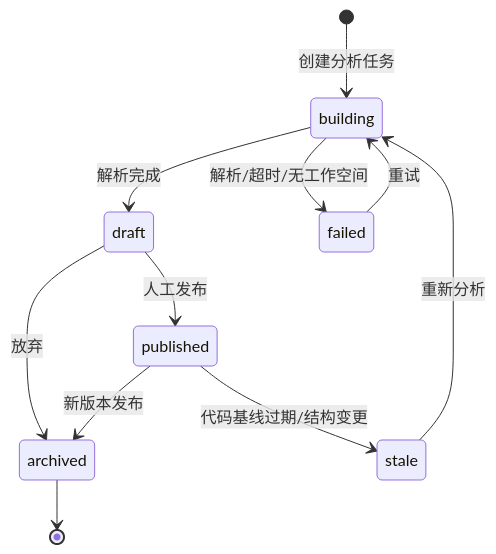
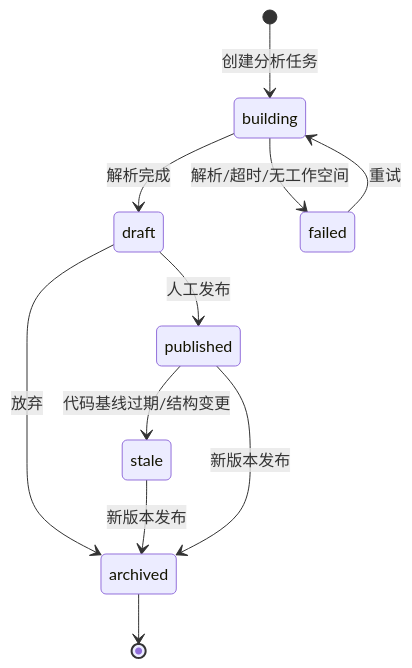
The second of 10 diagrams in docs/PRD-测试菜单模块-T06393.md (wangnan05563/MTask), drawn with Mermaid before and after one commit. The commit also changed other lines of this file and 2 other files, not shown here.

````diff
--- a/docs/PRD-测试菜单模块-T06393.md
+++ b/docs/PRD-测试菜单模块-T06393.md
@@ -370,13 +409,13 @@
 ```mermaid
 stateDiagram-v2
   [*] --> building: 创建分析任务
   building --> draft: 解析完成
   building --> failed: 解析/超时/无工作空间
   failed --> building: 重试
   draft --> published: 人工发布
   draft --> archived: 放弃
   published --> stale: 代码基线过期/结构变更
-  stale --> building: 重新分析
+  stale --> archived: 新版本发布
   published --> archived: 新版本发布
   archived --> [*]
 ```
````
